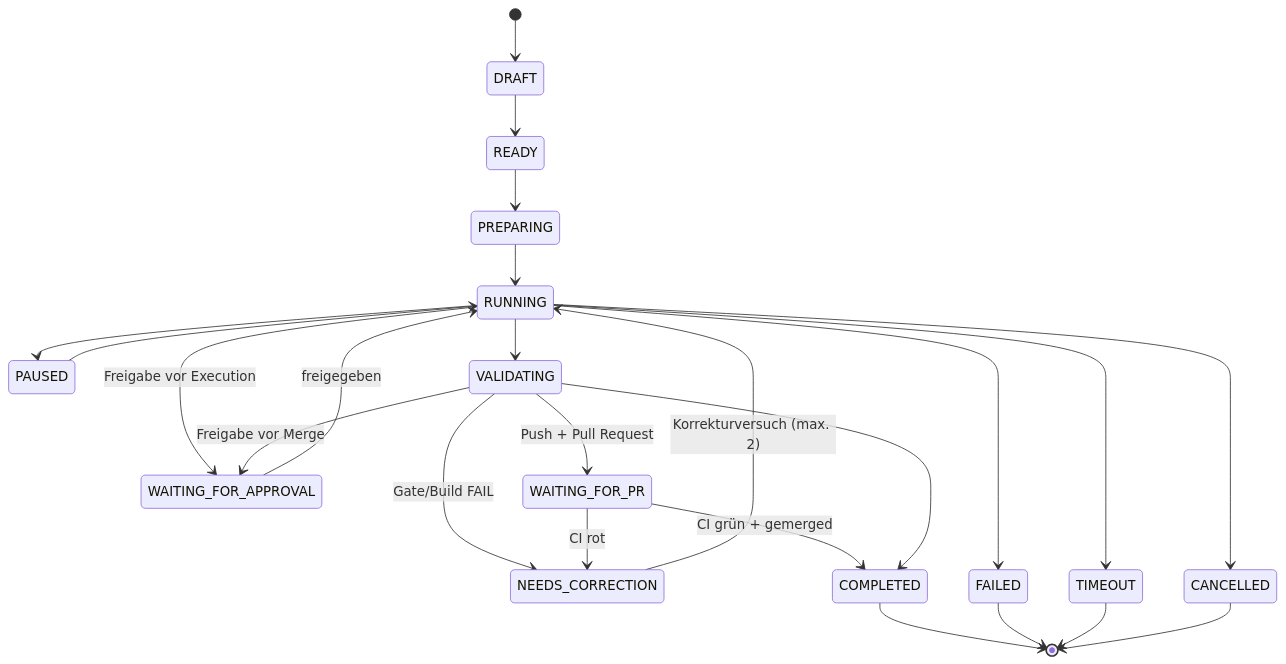
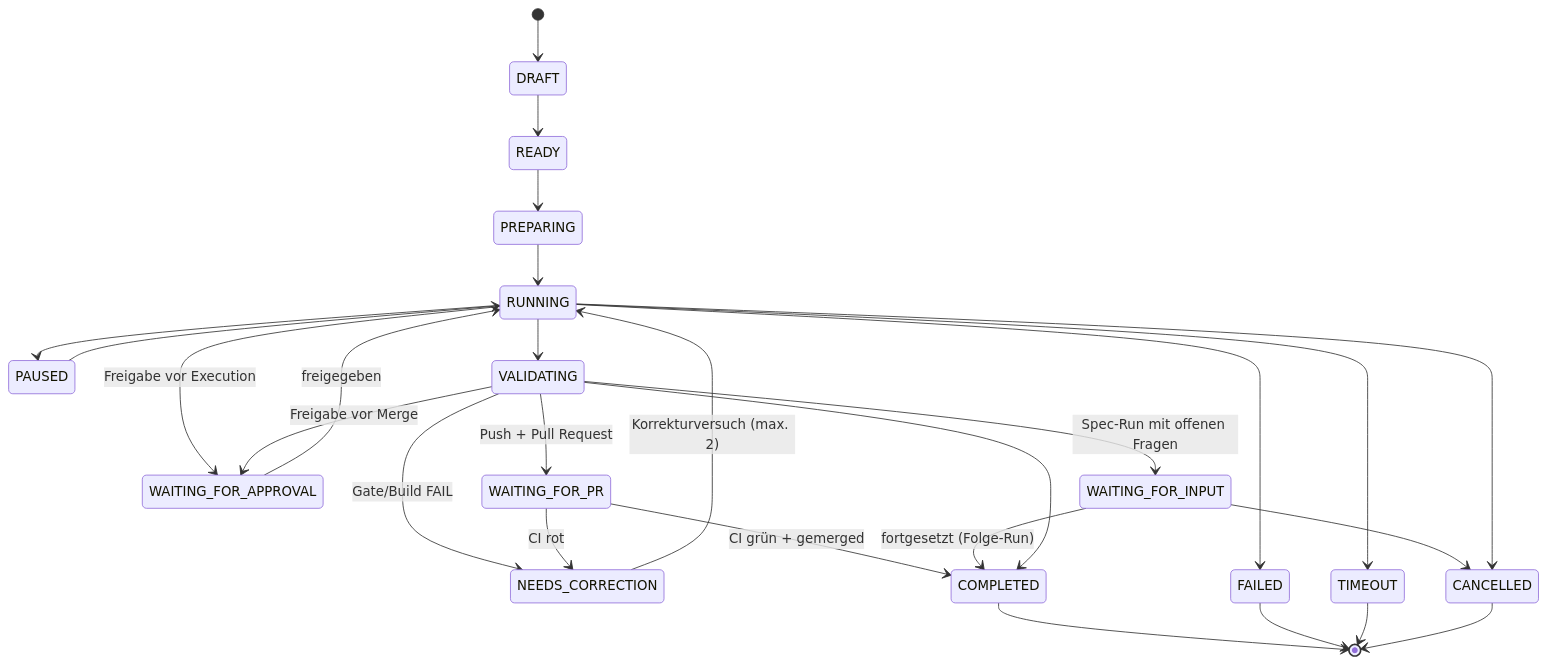
One commit to mjanda0815/agentic-publikation changed the fifth of 10 diagrams in quellen/softwarefabrik/03-systemdiagramme.md. Above: the diagram before and after it, drawn with Mermaid. The commit also changed other lines of this file and 57 other files, not shown here.

````diff
--- a/quellen/softwarefabrik/03-systemdiagramme.md
+++ b/quellen/softwarefabrik/03-systemdiagramme.md
@@ -193,26 +218,29 @@
 ```mermaid
 stateDiagram-v2
     [*] --> DRAFT
     DRAFT --> READY
     READY --> PREPARING
     PREPARING --> RUNNING
     RUNNING --> WAITING_FOR_APPROVAL: Freigabe vor Execution
     WAITING_FOR_APPROVAL --> RUNNING: freigegeben
     RUNNING --> PAUSED
     PAUSED --> RUNNING
     RUNNING --> VALIDATING
     VALIDATING --> NEEDS_CORRECTION: Gate/Build FAIL
     NEEDS_CORRECTION --> RUNNING: Korrekturversuch (max. 2)
     VALIDATING --> WAITING_FOR_APPROVAL: Freigabe vor Merge
     VALIDATING --> WAITING_FOR_PR: Push + Pull Request
     WAITING_FOR_PR --> COMPLETED: CI grün + gemerged
     WAITING_FOR_PR --> NEEDS_CORRECTION: CI rot
+    VALIDATING --> WAITING_FOR_INPUT: Spec-Run mit offenen Fragen
+    WAITING_FOR_INPUT --> COMPLETED: fortgesetzt (Folge-Run)
+    WAITING_FOR_INPUT --> CANCELLED
     VALIDATING --> COMPLETED
     RUNNING --> FAILED
     RUNNING --> TIMEOUT
     RUNNING --> CANCELLED
     COMPLETED --> [*]
     FAILED --> [*]
     TIMEOUT --> [*]
     CANCELLED --> [*]
 ```
````
